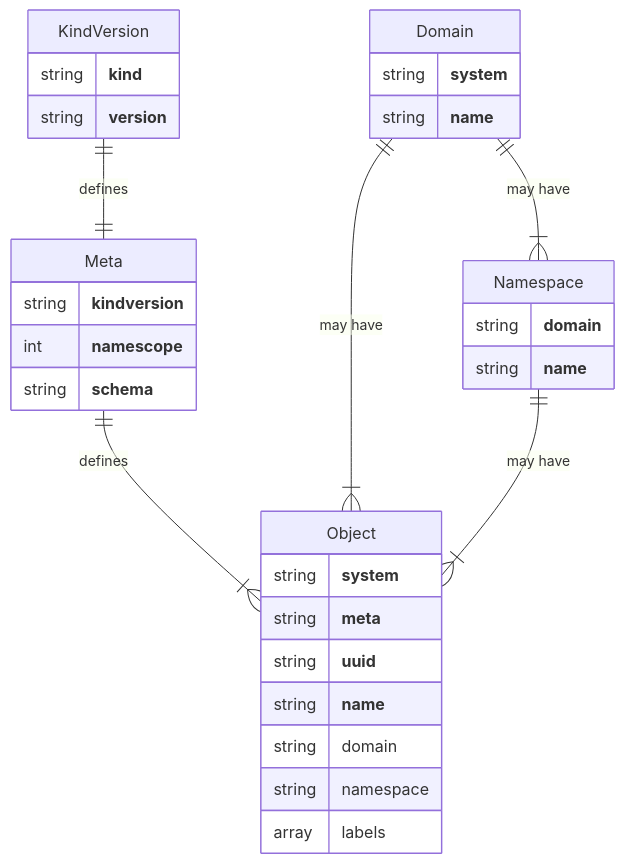
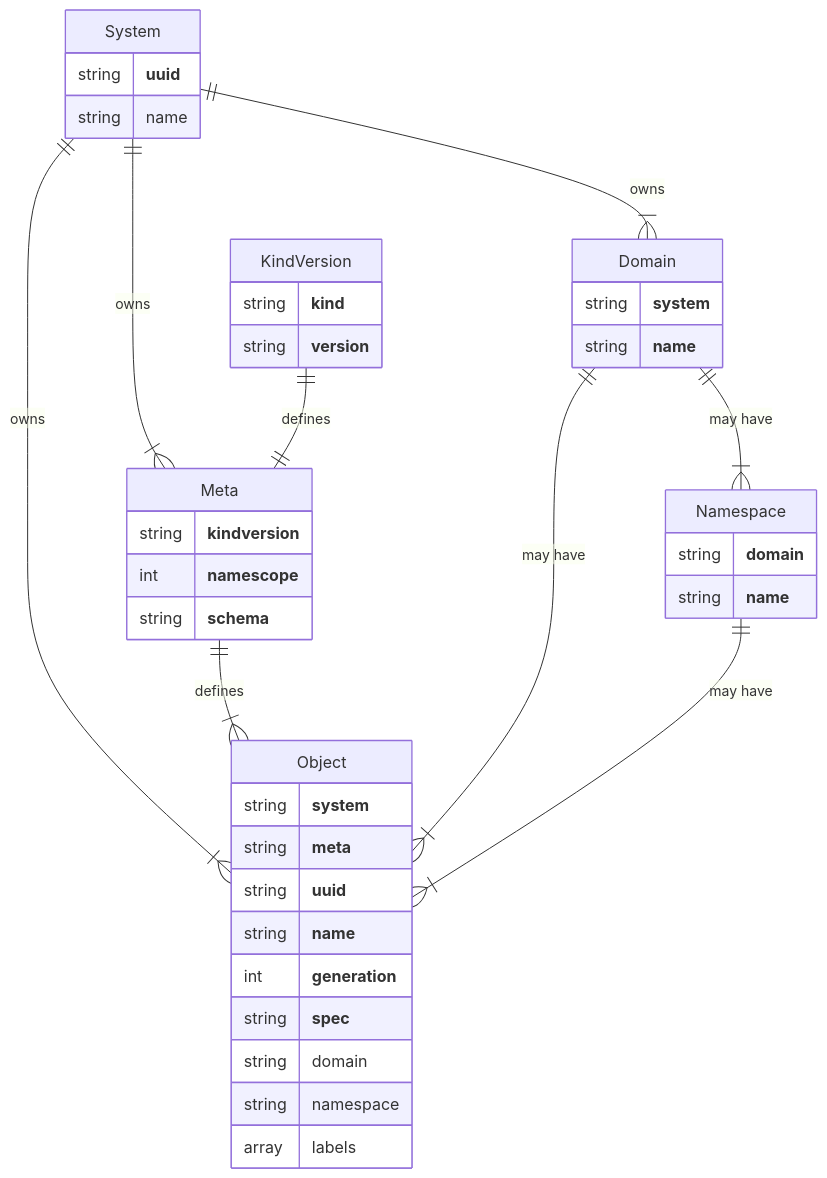
One commit to relexec/rxp changed the third of 3 diagrams in docs/taxonomy.md. Above: the diagram before and after it, drawn with Mermaid. The commit also changed other lines of this file and 5 other files, not shown here.

````diff
--- a/docs/taxonomy.md
+++ b/docs/taxonomy.md
@@ -53,34 +53,43 @@
 ```mermaid
 erDiagram
+    System ||--|{ Meta : owns
+    System ||--|{ Domain : owns
+    System ||--|{ Object : owns
     KindVersion ||--|| Meta : defines
     Meta ||--|{ Object : defines
     Domain ||--|{ Namespace : "may have"
     Domain ||--|{ Object : "may have"
     Namespace ||--|{ Object : "may have"
+    System {
+        string **uuid**
+        string name
+    }
     KindVersion {
         string **kind**
         string **version**
     }
     Meta{
         string **kindversion**
         int **namescope**
         string **schema**
     }
     Domain{
         string **system**
         string **name**
     }
     Namespace{
         string **domain**
         string **name**
     }
     Object{
         string **system**
         string **meta**
         string **uuid**
         string **name**
+        int **generation**
+        string **spec**
         string domain
         string namespace
         array labels
     }
 ```
````
